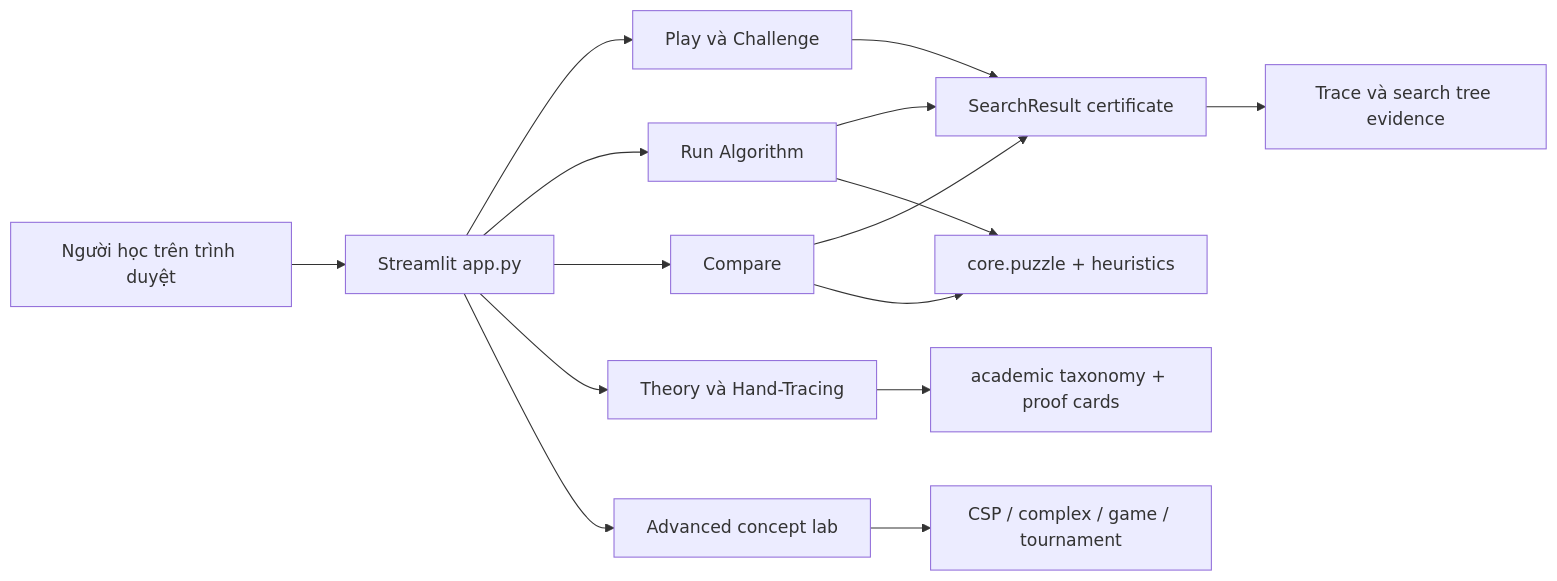
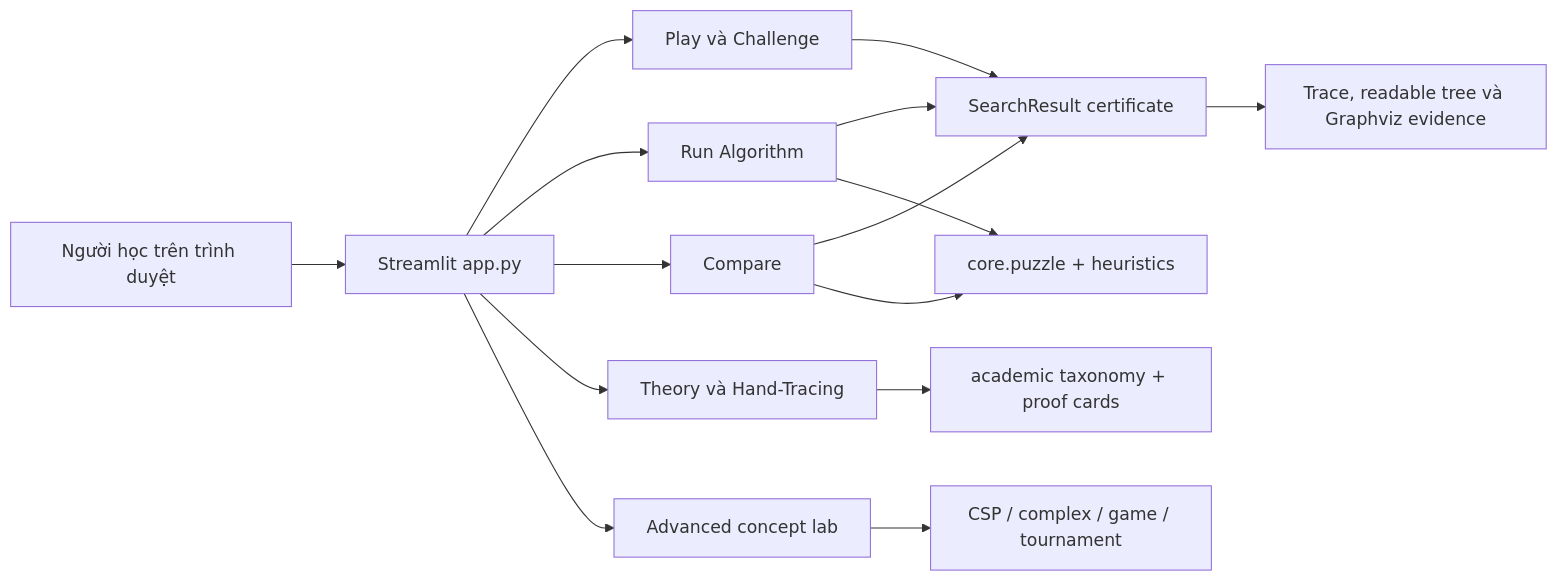
Before and after one commit to JasonTM17/AI_Algothrithm_Study_University: the diagram in docs/system-architecture.md, drawn with Mermaid. The commit also changed other lines of this file and 5 other files, not shown here.

````diff
--- a/docs/system-architecture.md
+++ b/docs/system-architecture.md
@@ -3,17 +3,17 @@
 ```mermaid
 flowchart LR
     U["Người học trên trình duyệt"] --> S["Streamlit app.py"]
     S --> P["Play và Challenge"]
     S --> R["Run Algorithm"]
     S --> C["Compare"]
     S --> T["Theory và Hand-Tracing"]
     S --> A["Advanced concept lab"]
     R --> M["SearchResult certificate"]
     C --> M
     P --> M
-    M --> G["Trace và search tree evidence"]
+    M --> G["Trace, readable tree và Graphviz evidence"]
     R --> D["core.puzzle + heuristics"]
     C --> D
     A --> X["CSP / complex / game / tournament"]
     T --> K["academic taxonomy + proof cards"]
 ```
````
